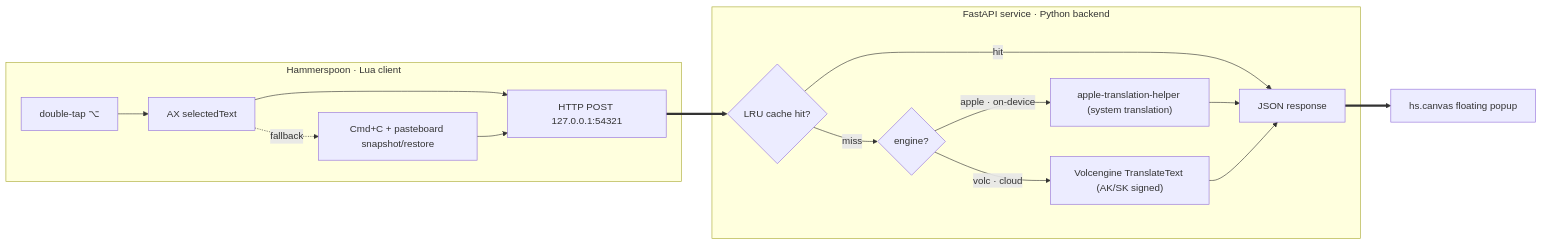
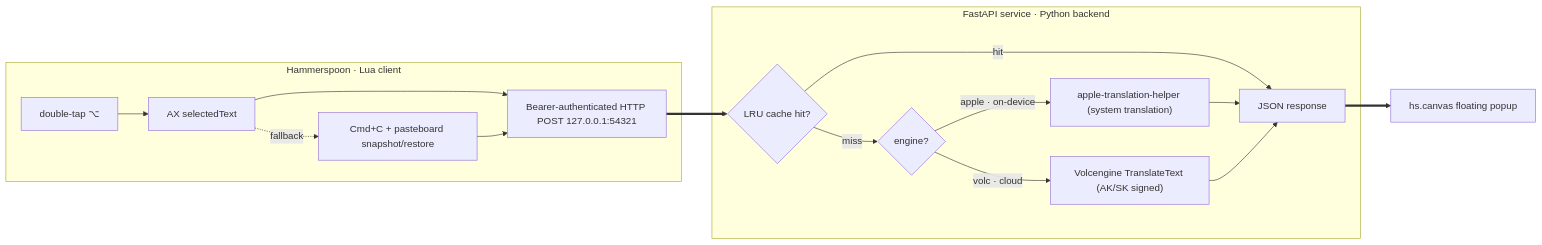
The diagram in README_EN.md (Eim-aa/juyi), drawn with Mermaid before and after one commit. The commit also changed other lines of this file and 9 other files, not shown here.

````diff
--- a/README_EN.md
+++ b/README_EN.md
@@ -151,20 +145,20 @@
 ```mermaid
 flowchart LR
     subgraph HS["Hammerspoon · Lua client"]
         H1["double-tap ⌥"] --> H2["AX selectedText"]
         H2 -.fallback.-> H3["Cmd+C + pasteboard snapshot/restore"]
-        H2 & H3 --> H4["HTTP POST 127.0.0.1:54321"]
+        H2 & H3 --> H4["Bearer-authenticated HTTP POST 127.0.0.1:54321"]
     end
 
     H4 ==> S1
 
     subgraph BE["FastAPI service · Python backend"]
         S1{"LRU cache hit?"} -->|hit| S5
         S1 -->|miss| S2{"engine?"}
         S2 -->|apple · on-device| S3["apple-translation-helper (system translation)"]
         S2 -->|volc · cloud| S4["Volcengine TranslateText (AK/SK signed)"]
         S3 & S4 --> S5["JSON response"]
     end
 
     S5 ==> H5["hs.canvas floating popup"]
 ```
````
